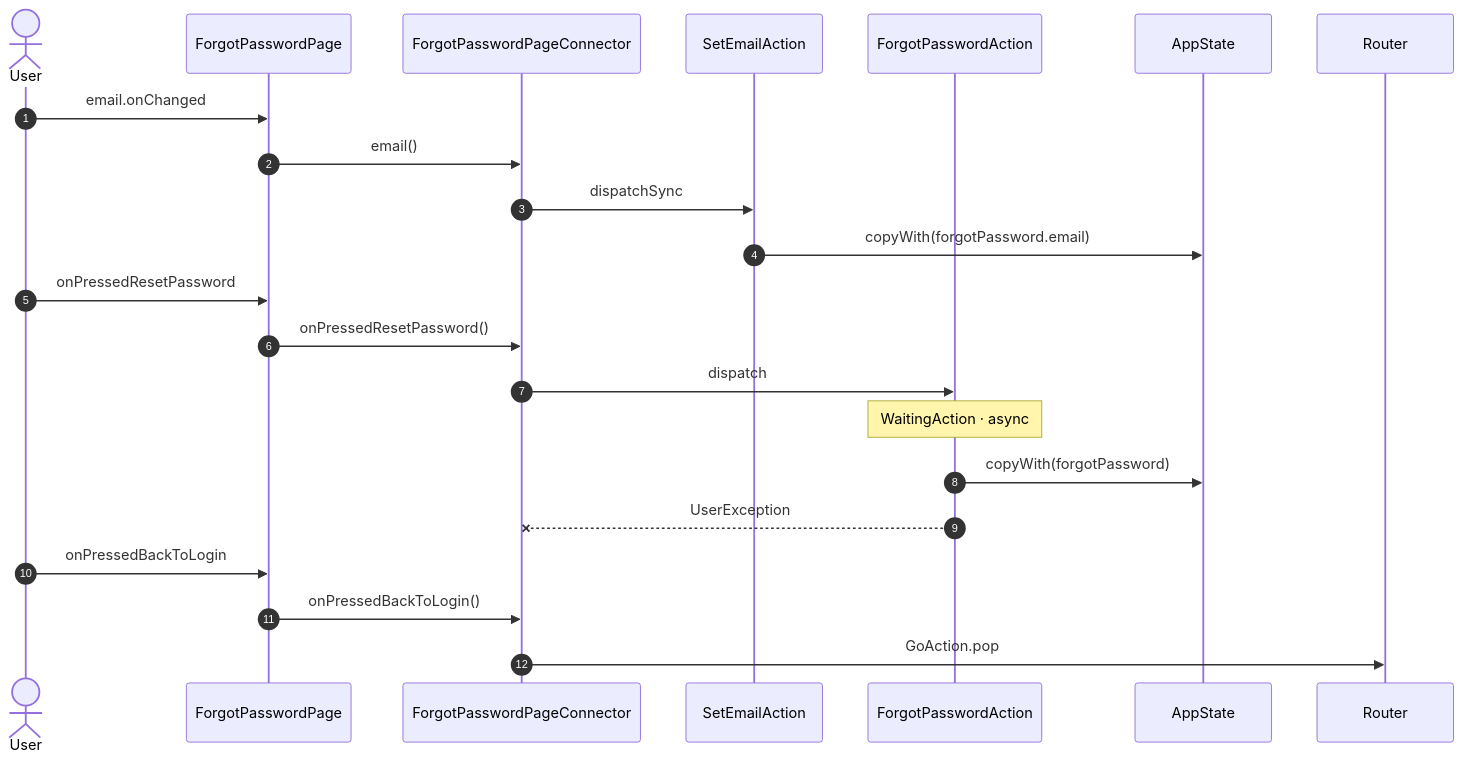
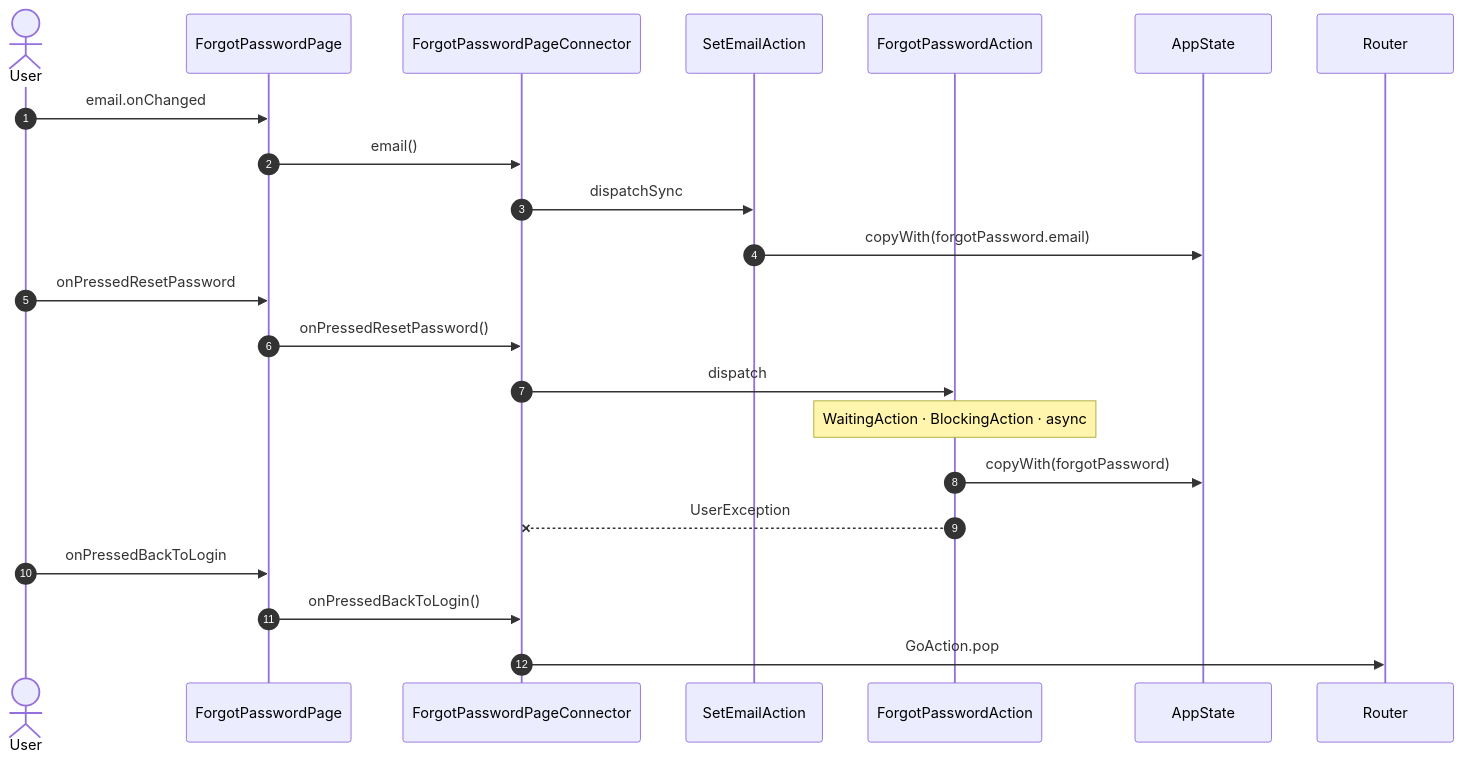
The diagram in docs/flows/forgotPassword.md (pro100andrey/flutter_redux_templates), drawn with Mermaid before and after one commit. The commit also changed 14 other files, not shown here.

````diff
--- a/docs/flows/forgotPassword.md
+++ b/docs/flows/forgotPassword.md
@@ -7,27 +7,27 @@
 ```mermaid
 sequenceDiagram
     autonumber
     actor User
     participant UI as ForgotPasswordPage
     participant VM as ForgotPasswordPageConnector
     participant A1 as SetEmailAction
     participant A2 as ForgotPasswordAction
     participant ST as AppState
     participant NAV as Router
 
     User->>UI: email.onChanged
     UI->>VM: email()
     VM->>A1: dispatchSync
     A1->>ST: copyWith(forgotPassword.email)
 
     User->>UI: onPressedResetPassword
     UI->>VM: onPressedResetPassword()
     VM->>A2: dispatch
-    Note over A2: WaitingAction · async
+    Note over A2: WaitingAction · BlockingAction · async
     A2->>ST: copyWith(forgotPassword)
     A2--xVM: UserException
 
     User->>UI: onPressedBackToLogin
     UI->>VM: onPressedBackToLogin()
     VM->>NAV: GoAction.pop
 ```
````
